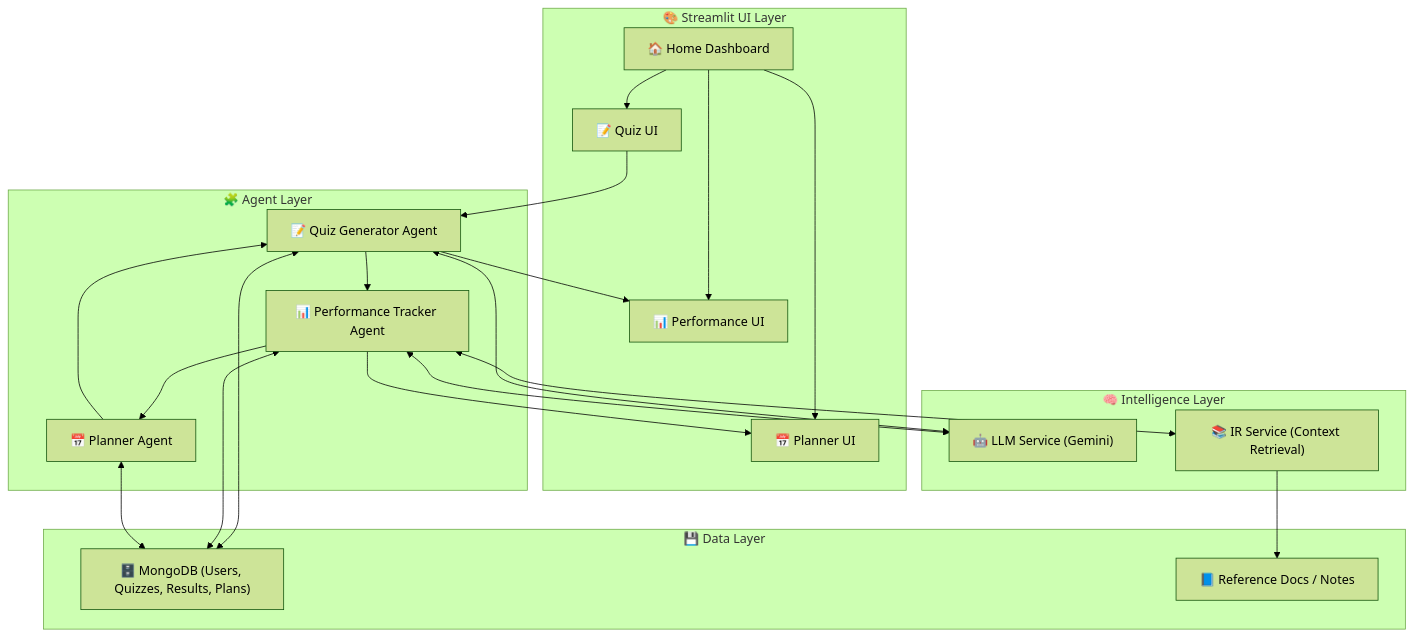
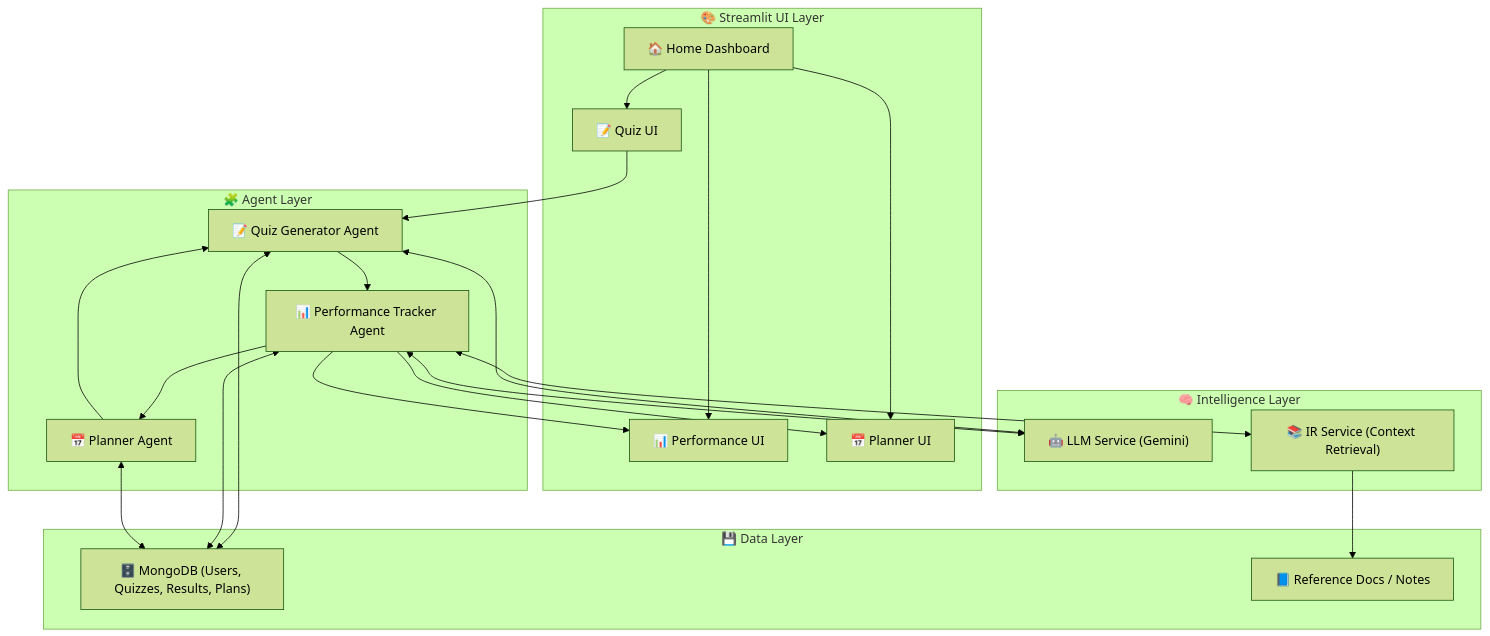
The diagram in README.md (LochanaLithira/Adaptive-Exam-Preparation-AI), drawn with Mermaid (forest theme) before and after one commit.

````diff
--- a/README.md
+++ b/README.md
@@ -24,59 +24,59 @@
 ```mermaid
 
 flowchart TD
     %% User Layer
     subgraph UI["🎨 Streamlit UI Layer"]
         UI_Home["🏠 Home Dashboard"]
         UI_Quiz["📝 Quiz UI"]
         UI_Performance["📊 Performance UI"]
         UI_Planner["📅 Planner UI"]
     end
 
     %% Agent Layer
     subgraph AGENTS["🧩 Agent Layer"]
         C["📝 Quiz Generator Agent"]
         D["📊 Performance Tracker Agent"]
         B["📅 Planner Agent"]
     end
 
     %% Intelligence Layer
     subgraph AI["🧠 Intelligence Layer"]
         LLM["🤖 LLM Service (Gemini)"]
         IR["📚 IR Service (Context Retrieval)"]
     end
 
     %% Data Layer
     subgraph DATA["💾 Data Layer"]
         DB["🗄️ MongoDB (Users, Quizzes, Results, Plans)"]
         DOCS["📘 Reference Docs / Notes"]
     end
 
     %% UI Navigation
     UI_Home --> UI_Quiz
     UI_Home --> UI_Performance
     UI_Home --> UI_Planner
 
     %% User to Quiz Agent
     UI_Quiz --> C
 
     %% Main Agent Flow
     C --> D
     D --> B
     B --> C
 
     %% Feedback to UI
-    C --> UI_Performance
+    D --> UI_Performance
     D --> UI_Planner
 
     %% Intelligence integration
     C <--> LLM
     D <--> LLM
     D <--> IR
 
     %% Data connections
     C <--> DB
     D <--> DB
     B <--> DB
     IR --> DOCS
 
 ```
````
